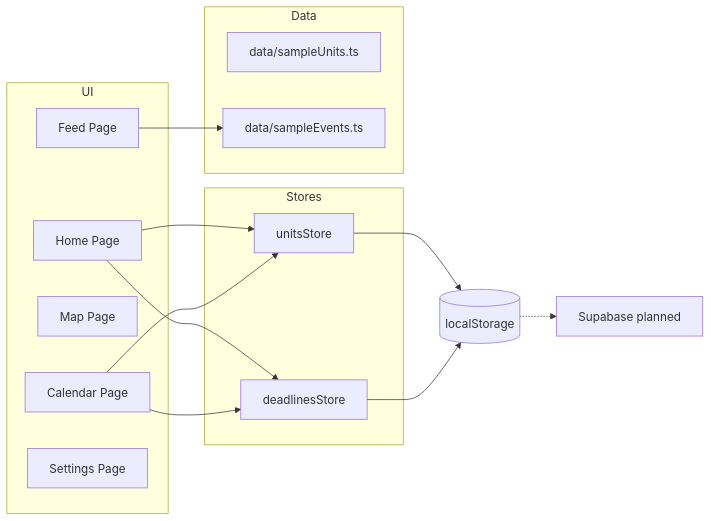
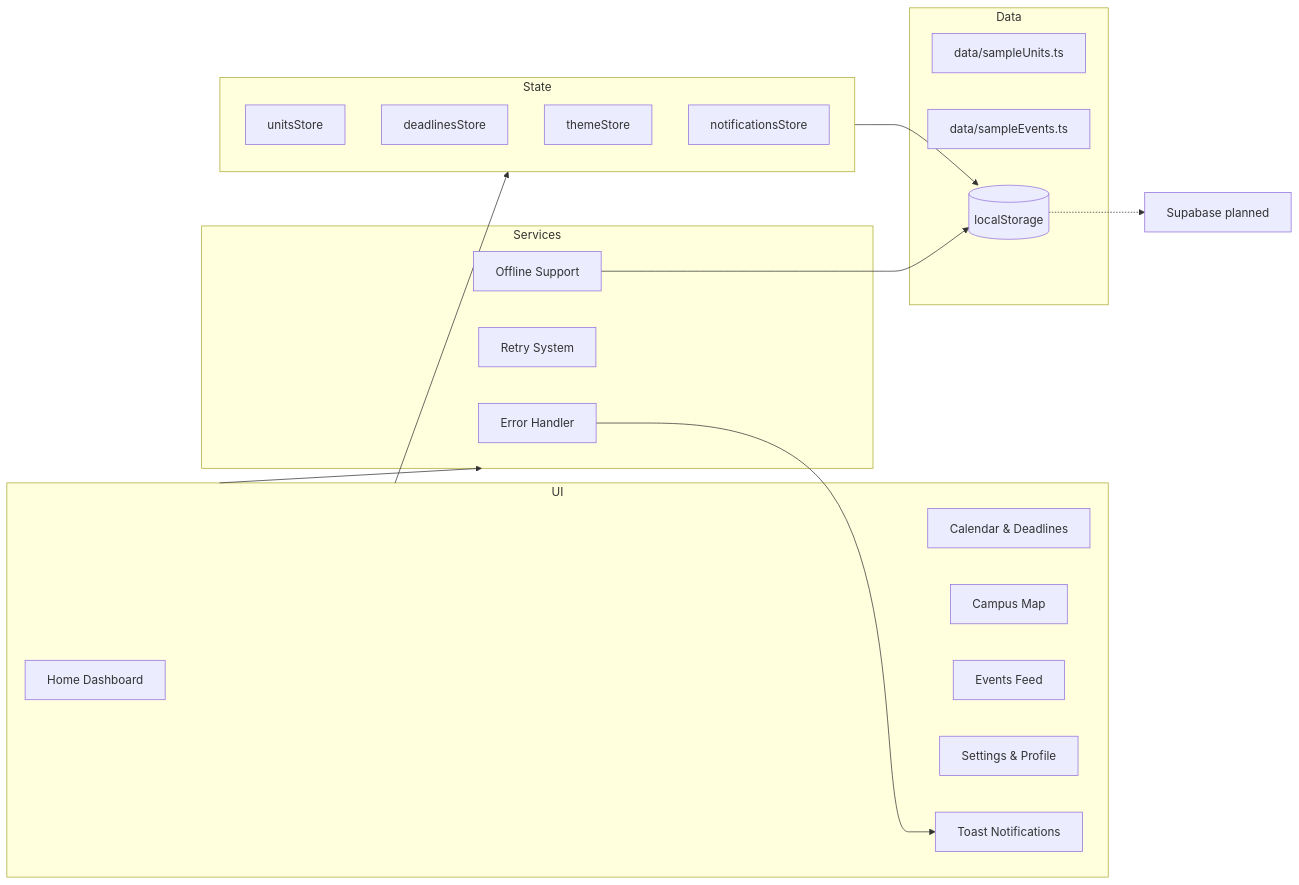
The diagram in README.md (Raoof128/Syllabus-Sync), drawn with Mermaid before and after one commit. The commit also changed other lines of this file and 30 other files, not shown here.

````diff
--- a/README.md
+++ b/README.md
@@ -21,29 +26,37 @@
 ```mermaid
 flowchart LR
   subgraph UI
-    Home[Home Page]
-    Calendar[Calendar Page]
-    Map[Map Page]
-    Feed[Feed Page]
-    Settings[Settings Page]
+    Home[Home Dashboard]
+    Calendar[Calendar & Deadlines]
+    Map[Campus Map]
+    Feed[Events Feed]
+    Settings[Settings & Profile]
+    Toaster[Toast Notifications]
   end
 
-  subgraph Stores
+  subgraph State
     UnitsStore[unitsStore]
     DeadlinesStore[deadlinesStore]
+    ThemeStore[themeStore]
+    NotificationsStore[notificationsStore]
+  end
+
+  subgraph Services
+    ErrorHandler[Error Handler]
+    RetrySystem[Retry System]
+    ServiceWorker[Offline Support]
   end
 
   subgraph Data
     SampleUnits[data/sampleUnits.ts]
     SampleEvents[data/sampleEvents.ts]
+    LocalStorage[(localStorage)]
   end
 
-  Home --> UnitsStore
-  Home --> DeadlinesStore
-  Calendar --> DeadlinesStore
-  Calendar --> UnitsStore
-  Feed --> SampleEvents
-  UnitsStore --> LocalStorage[(localStorage)]
-  DeadlinesStore --> LocalStorage
+  UI --> State
+  UI --> Services
+  State --> LocalStorage
+  ErrorHandler --> Toaster
+  ServiceWorker --> LocalStorage
   LocalStorage -.-> Future[Supabase planned]
 ```
````
